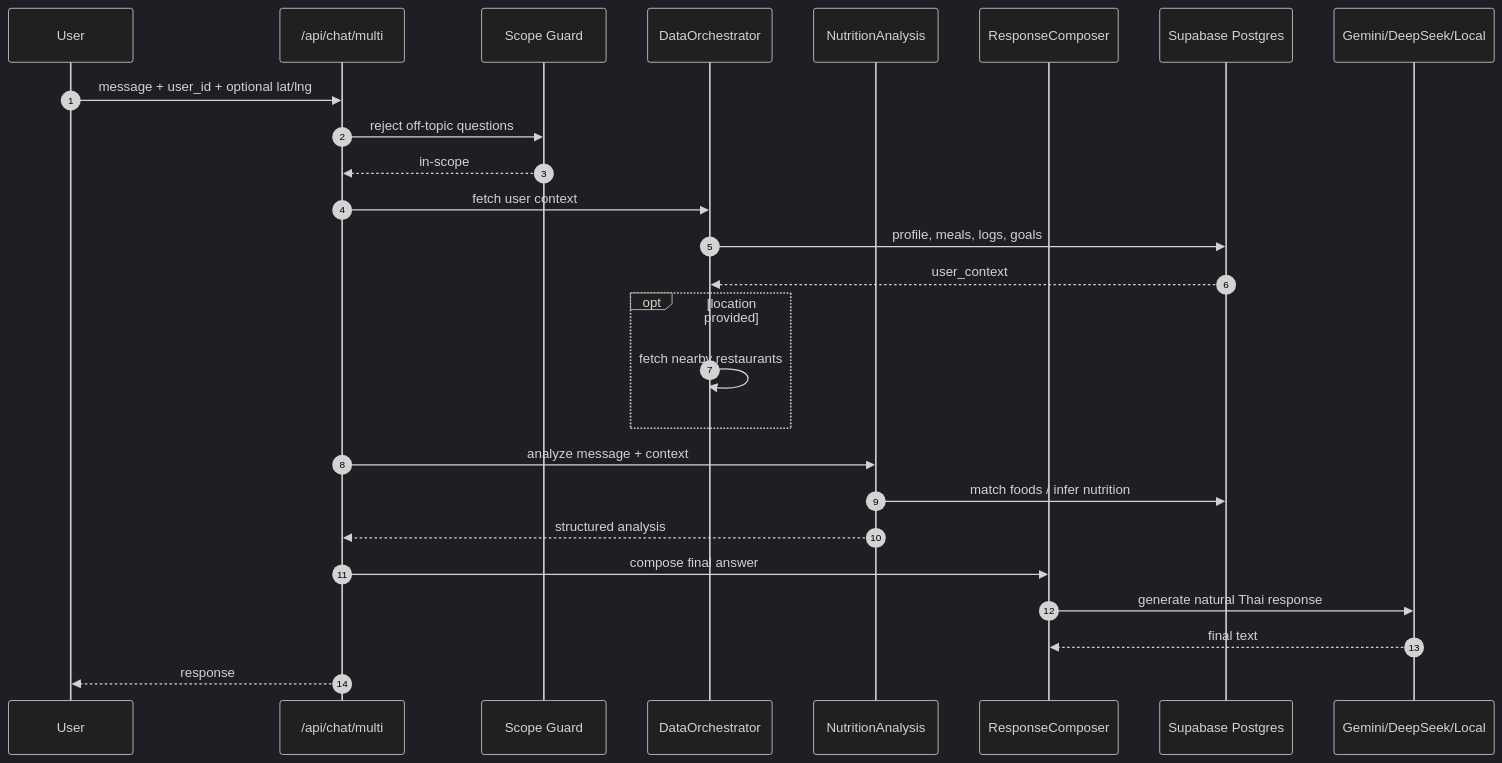
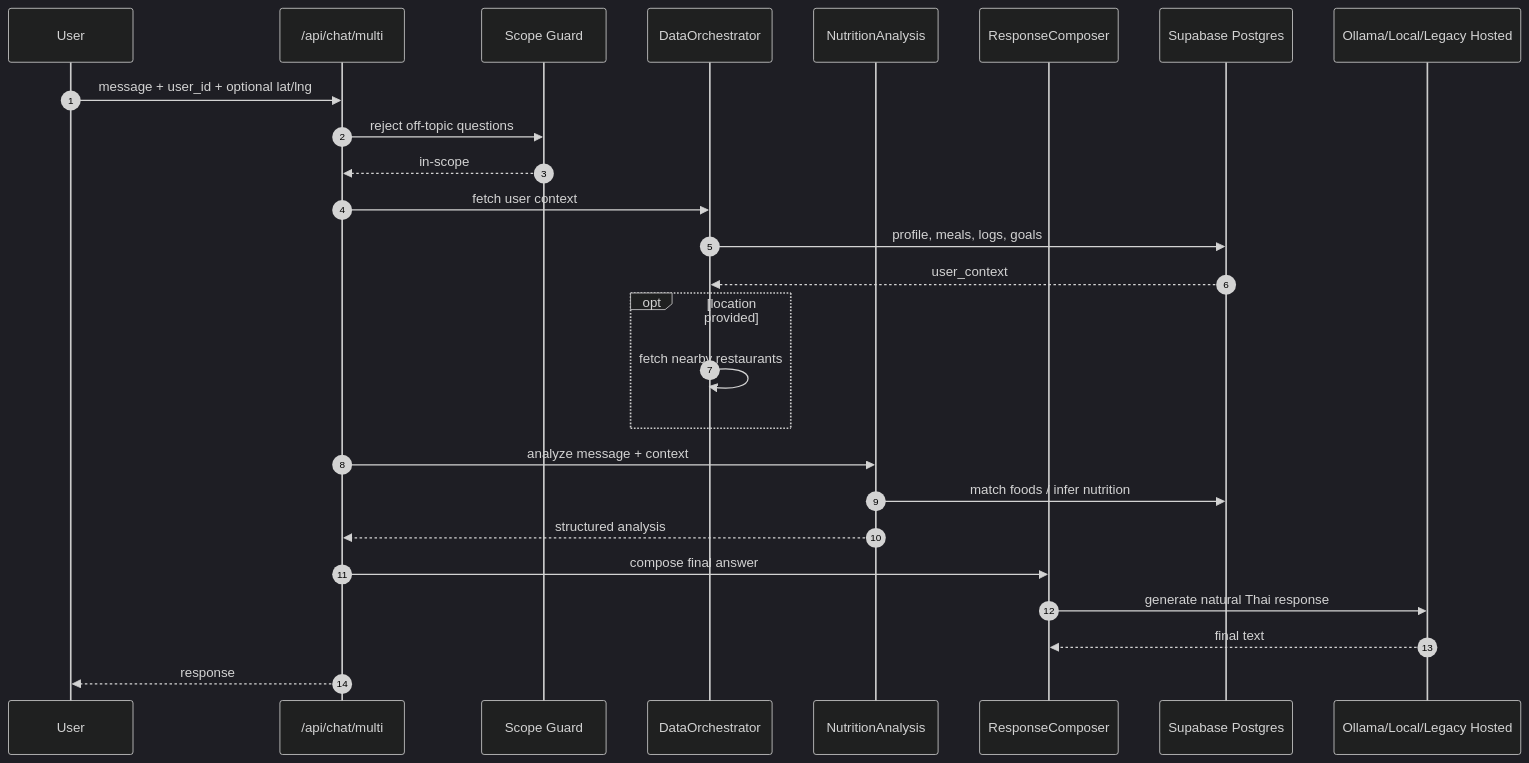
Before and after one commit to Nemoeiei/calories-guard: the sixth of 9 diagrams in docs/ORCHESTRATION.md, drawn with Mermaid (dark theme). The commit also changed other lines of this file and 18 other files, not shown here.

Commit message:
feat(ai): use Ollama as default local LLM provider

````diff
--- a/docs/ORCHESTRATION.md
+++ b/docs/ORCHESTRATION.md
@@ -178,29 +178,29 @@
 ```mermaid
 sequenceDiagram
     autonumber
     participant User as User
     participant API as /api/chat/multi
     participant Scope as Scope Guard
     participant A1 as DataOrchestrator
     participant A2 as NutritionAnalysis
     participant A3 as ResponseComposer
     participant DB as Supabase Postgres
-    participant LLM as Gemini/DeepSeek/Local
+    participant LLM as Ollama/Local/Legacy Hosted
 
     User->>API: message + user_id + optional lat/lng
     API->>Scope: reject off-topic questions
     Scope-->>API: in-scope
     API->>A1: fetch user context
     A1->>DB: profile, meals, logs, goals
     DB-->>A1: user_context
     opt location provided
         A1->>A1: fetch nearby restaurants
     end
     API->>A2: analyze message + context
     A2->>DB: match foods / infer nutrition
     A2-->>API: structured analysis
     API->>A3: compose final answer
     A3->>LLM: generate natural Thai response
     LLM-->>A3: final text
     API-->>User: response
 ```
````
